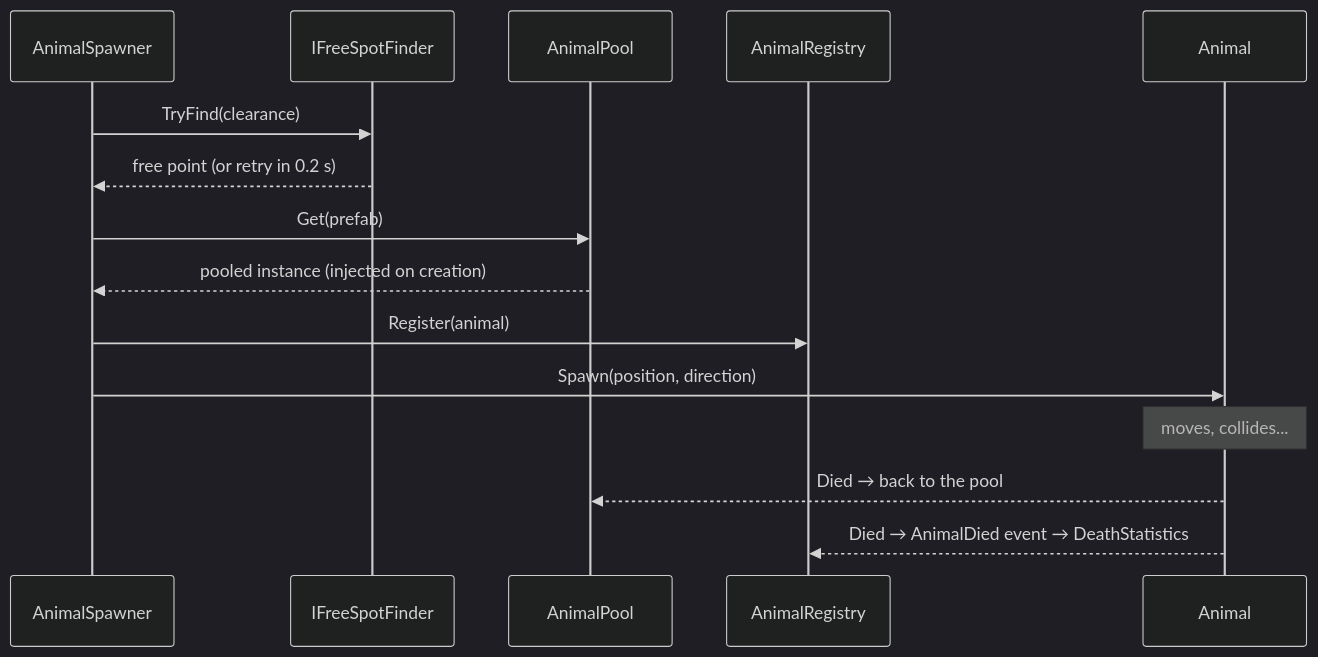
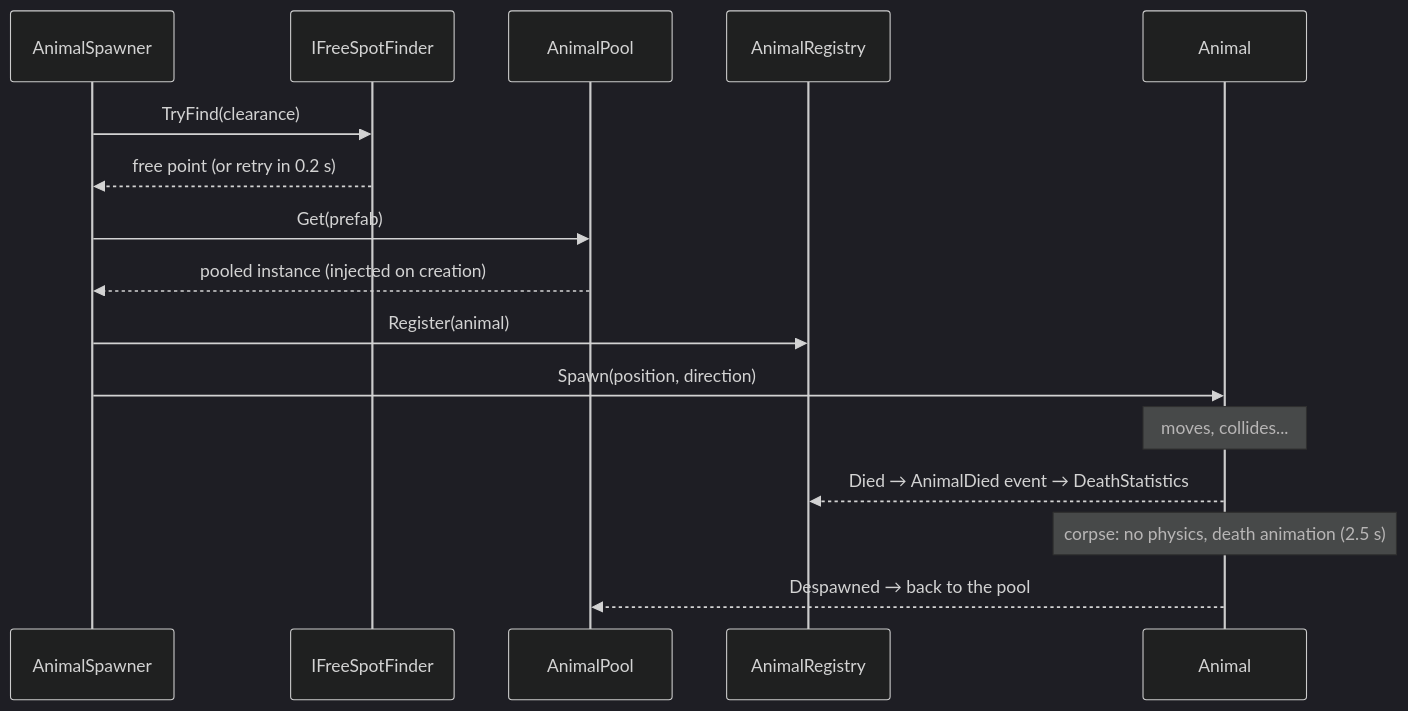
The second of 3 diagrams in README.md (Tigran-Vardanyan/Zoo-world), drawn with Mermaid (dark theme) before and after one commit. The commit also changed other lines of this file and 144 other files, not shown here.

````diff
--- a/README.md
+++ b/README.md
@@ -178,18 +197,19 @@
 ```mermaid
 sequenceDiagram
     participant S as AnimalSpawner
     participant F as IFreeSpotFinder
     participant P as AnimalPool
     participant R as AnimalRegistry
     participant A as Animal
 
     S->>F: TryFind(clearance)
     F-->>S: free point (or retry in 0.2 s)
     S->>P: Get(prefab)
     P-->>S: pooled instance (injected on creation)
     S->>R: Register(animal)
     S->>A: Spawn(position, direction)
     Note over A: moves, collides...
-    A-->>P: Died → back to the pool
     A-->>R: Died → AnimalDied event → DeathStatistics
+    Note over A: corpse: no physics, death animation (2.5 s)
+    A-->>P: Despawned → back to the pool
 ```
````
